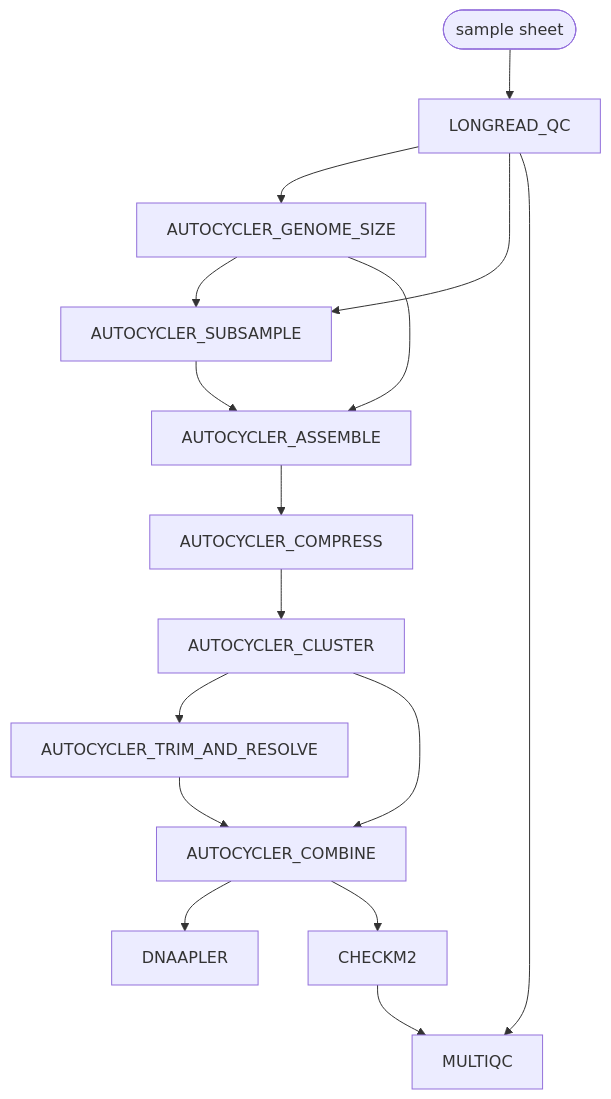
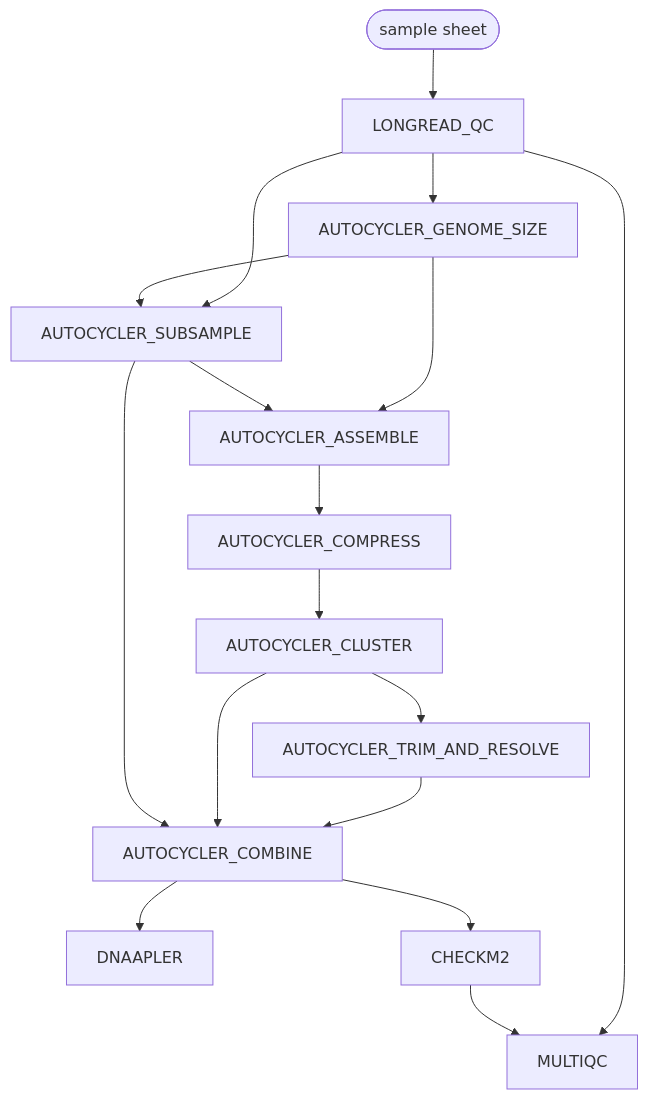
Before and after one commit to dsamoht/isolate-wf: the diagram in docs/output.md, drawn with Mermaid. The commit also changed other lines of this file and 10 other files, not shown here.

First line of the commit message:
Publish Autocycler's consensus graph, metrics and clustering

````diff
--- a/docs/output.md
+++ b/docs/output.md
@@ -18,18 +18,19 @@
 ```mermaid
 flowchart TB
   input([sample sheet]) --> LONGREAD_QC
   LONGREAD_QC --> AUTOCYCLER_GENOME_SIZE
   LONGREAD_QC --> AUTOCYCLER_SUBSAMPLE
   AUTOCYCLER_GENOME_SIZE --> AUTOCYCLER_SUBSAMPLE
   AUTOCYCLER_GENOME_SIZE --> AUTOCYCLER_ASSEMBLE
   AUTOCYCLER_SUBSAMPLE --> AUTOCYCLER_ASSEMBLE
   AUTOCYCLER_ASSEMBLE --> AUTOCYCLER_COMPRESS
   AUTOCYCLER_COMPRESS --> AUTOCYCLER_CLUSTER
   AUTOCYCLER_CLUSTER --> AUTOCYCLER_TRIM_AND_RESOLVE
   AUTOCYCLER_TRIM_AND_RESOLVE --> AUTOCYCLER_COMBINE
   AUTOCYCLER_CLUSTER --> AUTOCYCLER_COMBINE
+  AUTOCYCLER_SUBSAMPLE --> AUTOCYCLER_COMBINE
   AUTOCYCLER_COMBINE --> DNAAPLER
   AUTOCYCLER_COMBINE --> CHECKM2
   LONGREAD_QC --> MULTIQC
   CHECKM2 --> MULTIQC
 ```
````
